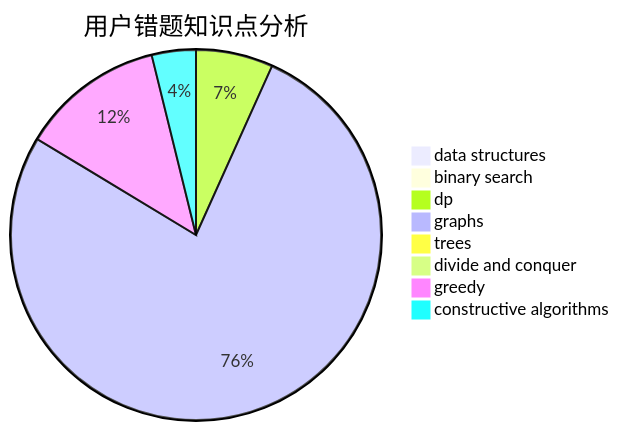
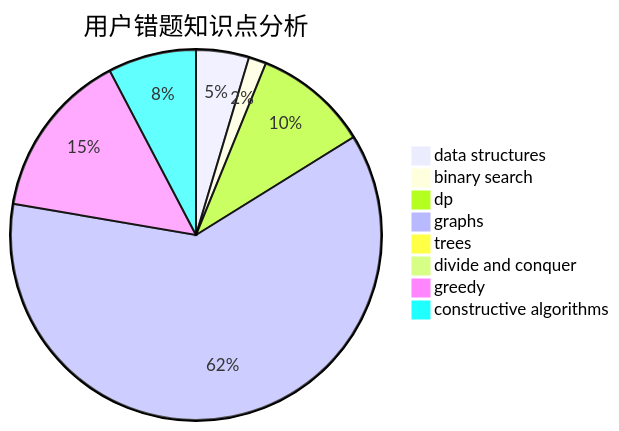
Before and after one commit to sherpahu/cfrs.github.io: the third of 3 diagrams in docs/user/u94.md, drawn with Mermaid. The commit also changed other lines of this file and 2770 other files, not shown here.

````diff
--- a/docs/user/u94.md
+++ b/docs/user/u94.md
@@ -36,11 +36,11 @@
 ```mermaid
 pie title 用户错题知识点分析
-    "data structures" :  0
-    "binary search" :  1
-    "dp" :  7
+    "data structures" :  6
+    "binary search" :  2
+    "dp" :  13
     "graphs" :  80
     "trees" :  0
     "divide and conquer" :  0
-    "greedy" :  13
-    "constructive algorithms" :  4
+    "greedy" :  19
+    "constructive algorithms" :  10
 ```
````
